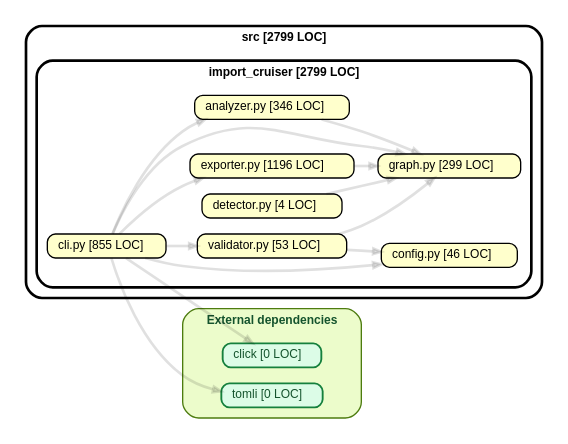
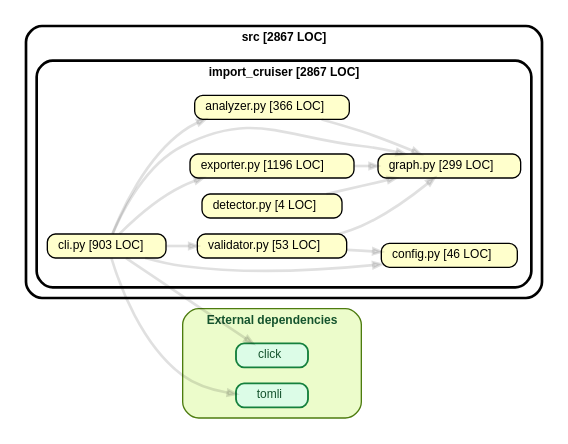
The diagram in artifacts/self-graph/import-cruiser-self-graph.dot (kevin91nl/import-cruiser), drawn with Graphviz before and after one commit. The commit also changed 10 other files, not shown here.

```diff
--- a/artifacts/self-graph/import-cruiser-self-graph.dot
+++ b/artifacts/self-graph/import-cruiser-self-graph.dot
@@ -1,28 +1,28 @@
 strict digraph "import_cruiser"{
     rankdir="LR" splines="true" overlap="false" nodesep="0.16" ranksep="0.18" fontname="Helvetica-bold" fontsize="9" style="rounded,bold,filled" fillcolor="#ffffff" compound="true"
     node [shape="box" style="rounded, filled" height="0.2" color="black" fillcolor="#ffffcc" fontcolor="black" fontname="Helvetica" fontsize="9"]
     edge [arrowhead="normal" arrowsize="0.6" penwidth="2.0" color="#0000001f" fontname="Helvetica" fontsize="9"]
 
-    subgraph "cluster___external_deps__" {label="External dependencies" style="rounded,filled" fillcolor="#ECFCCB" color="#4D7C0F" fontcolor="#14532D" "src/import_cruiser/click" [label=<click [0 LOC]> tooltip="click [0 LOC]" URL="click" shape="box" style="rounded,filled" fillcolor="#DCFCE7" color="#15803D" penwidth=1.4 fontcolor="#14532D" ] }
-    subgraph "cluster_src" {label="src [2799 LOC]" subgraph "cluster_src/import_cruiser" {label="import_cruiser [2799 LOC]" "src/import_cruiser/analyzer.py" [label=<analyzer.py [346 LOC]> tooltip="analyzer.py [346 LOC]" URL="src/import_cruiser/analyzer.py" ] }}
-    subgraph "cluster_src" {label="src [2799 LOC]" subgraph "cluster_src/import_cruiser" {label="import_cruiser [2799 LOC]" "src/import_cruiser/cli.py" [label=<cli.py [855 LOC]> tooltip="cli.py [855 LOC]" URL="src/import_cruiser/cli.py" ] }}
-    subgraph "cluster_src" {label="src [2799 LOC]" subgraph "cluster_src/import_cruiser" {label="import_cruiser [2799 LOC]" "src/import_cruiser/config.py" [label=<config.py [46 LOC]> tooltip="config.py [46 LOC]" URL="src/import_cruiser/config.py" ] }}
-    subgraph "cluster_src" {label="src [2799 LOC]" subgraph "cluster_src/import_cruiser" {label="import_cruiser [2799 LOC]" "src/import_cruiser/detector.py" [label=<detector.py [4 LOC]> tooltip="detector.py [4 LOC]" URL="src/import_cruiser/detector.py" ] }}
-    subgraph "cluster_src" {label="src [2799 LOC]" subgraph "cluster_src/import_cruiser" {label="import_cruiser [2799 LOC]" "src/import_cruiser/exporter.py" [label=<exporter.py [1196 LOC]> tooltip="exporter.py [1196 LOC]" URL="src/import_cruiser/exporter.py" ] }}
-    subgraph "cluster_src" {label="src [2799 LOC]" subgraph "cluster_src/import_cruiser" {label="import_cruiser [2799 LOC]" "src/import_cruiser/graph.py" [label=<graph.py [299 LOC]> tooltip="graph.py [299 LOC]" URL="src/import_cruiser/graph.py" ] }}
-    subgraph "cluster_src" {label="src [2799 LOC]" subgraph "cluster_src/import_cruiser" {label="import_cruiser [2799 LOC]" "src/import_cruiser/validator.py" [label=<validator.py [53 LOC]> tooltip="validator.py [53 LOC]" URL="src/import_cruiser/validator.py" ] }}
-    subgraph "cluster___external_deps__" {label="External dependencies" style="rounded,filled" fillcolor="#ECFCCB" color="#4D7C0F" fontcolor="#14532D" "src/import_cruiser/tomli" [label=<tomli [0 LOC]> tooltip="tomli [0 LOC]" URL="tomli" shape="box" style="rounded,filled" fillcolor="#DCFCE7" color="#15803D" penwidth=1.4 fontcolor="#14532D" ] }
+    subgraph "cluster___external_deps__" {label="External dependencies" style="rounded,filled" fillcolor="#ECFCCB" color="#4D7C0F" fontcolor="#14532D" "src/import_cruiser/click" [label=<click> tooltip="click" URL="click" shape="box" style="rounded,filled" fillcolor="#DCFCE7" color="#15803D" penwidth=1.4 fontcolor="#14532D" ] }
+    subgraph "cluster_src" {label="src [2867 LOC]" subgraph "cluster_src/import_cruiser" {label="import_cruiser [2867 LOC]" "src/import_cruiser/analyzer.py" [label=<analyzer.py [366 LOC]> tooltip="analyzer.py [366 LOC]" URL="src/import_cruiser/analyzer.py" ] }}
+    subgraph "cluster_src" {label="src [2867 LOC]" subgraph "cluster_src/import_cruiser" {label="import_cruiser [2867 LOC]" "src/import_cruiser/cli.py" [label=<cli.py [903 LOC]> tooltip="cli.py [903 LOC]" URL="src/import_cruiser/cli.py" ] }}
+    subgraph "cluster_src" {label="src [2867 LOC]" subgraph "cluster_src/import_cruiser" {label="import_cruiser [2867 LOC]" "src/import_cruiser/config.py" [label=<config.py [46 LOC]> tooltip="config.py [46 LOC]" URL="src/import_cruiser/config.py" ] }}
+    subgraph "cluster_src" {label="src [2867 LOC]" subgraph "cluster_src/import_cruiser" {label="import_cruiser [2867 LOC]" "src/import_cruiser/detector.py" [label=<detector.py [4 LOC]> tooltip="detector.py [4 LOC]" URL="src/import_cruiser/detector.py" ] }}
+    subgraph "cluster_src" {label="src [2867 LOC]" subgraph "cluster_src/import_cruiser" {label="import_cruiser [2867 LOC]" "src/import_cruiser/exporter.py" [label=<exporter.py [1196 LOC]> tooltip="exporter.py [1196 LOC]" URL="src/import_cruiser/exporter.py" ] }}
+    subgraph "cluster_src" {label="src [2867 LOC]" subgraph "cluster_src/import_cruiser" {label="import_cruiser [2867 LOC]" "src/import_cruiser/graph.py" [label=<graph.py [299 LOC]> tooltip="graph.py [299 LOC]" URL="src/import_cruiser/graph.py" ] }}
+    subgraph "cluster_src" {label="src [2867 LOC]" subgraph "cluster_src/import_cruiser" {label="import_cruiser [2867 LOC]" "src/import_cruiser/validator.py" [label=<validator.py [53 LOC]> tooltip="validator.py [53 LOC]" URL="src/import_cruiser/validator.py" ] }}
+    subgraph "cluster___external_deps__" {label="External dependencies" style="rounded,filled" fillcolor="#ECFCCB" color="#4D7C0F" fontcolor="#14532D" "src/import_cruiser/tomli" [label=<tomli> tooltip="tomli" URL="tomli" shape="box" style="rounded,filled" fillcolor="#DCFCE7" color="#15803D" penwidth=1.4 fontcolor="#14532D" ] }
 
     "src/import_cruiser/analyzer.py" -> "src/import_cruiser/graph.py"
     "src/import_cruiser/cli.py" -> "src/import_cruiser/click"
     "src/import_cruiser/cli.py" -> "src/import_cruiser/analyzer.py"
     "src/import_cruiser/cli.py" -> "src/import_cruiser/config.py"
     "src/import_cruiser/cli.py" -> "src/import_cruiser/exporter.py"
     "src/import_cruiser/cli.py" -> "src/import_cruiser/graph.py"
     "src/import_cruiser/cli.py" -> "src/import_cruiser/validator.py"
     "src/import_cruiser/cli.py" -> "src/import_cruiser/tomli"
     "src/import_cruiser/detector.py" -> "src/import_cruiser/graph.py"
     "src/import_cruiser/exporter.py" -> "src/import_cruiser/graph.py"
     "src/import_cruiser/validator.py" -> "src/import_cruiser/config.py"
     "src/import_cruiser/validator.py" -> "src/import_cruiser/graph.py"
 }
```
